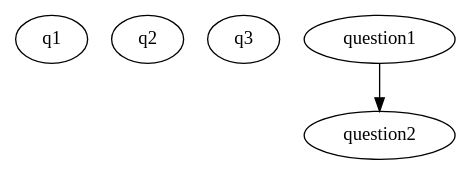
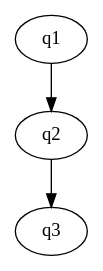
One commit to cdurden/algebra742 changed the diagram in algebra742live/content/question_digraphs/ch5.dot. Above: the diagram before and after it, drawn with Graphviz.

Commit message:
AsyGraphicsQuestion

```diff
--- a/algebra742live/content/question_digraphs/ch5.dot
+++ b/algebra742live/content/question_digraphs/ch5.dot
@@ -1,7 +1,7 @@
 digraph ch5 {
   start=q1;
   q1 [class="Question.AsyGraphicsQuestion",params="{'template': 'SolutionToInequality.asy', 'Question': 'What is $1+1$?'}"];
   q2 [class="Question.QuestionOnePlusOne",params="{\"Question\": \"What is one plus one?\"}"];
   q3 [class="Question.DrawingQuestion",params="{\"Question\": \"What is one plus one?\"}"];
-  question1 -> question2;
+  q1 -> q2 -> q3;
 }
```
